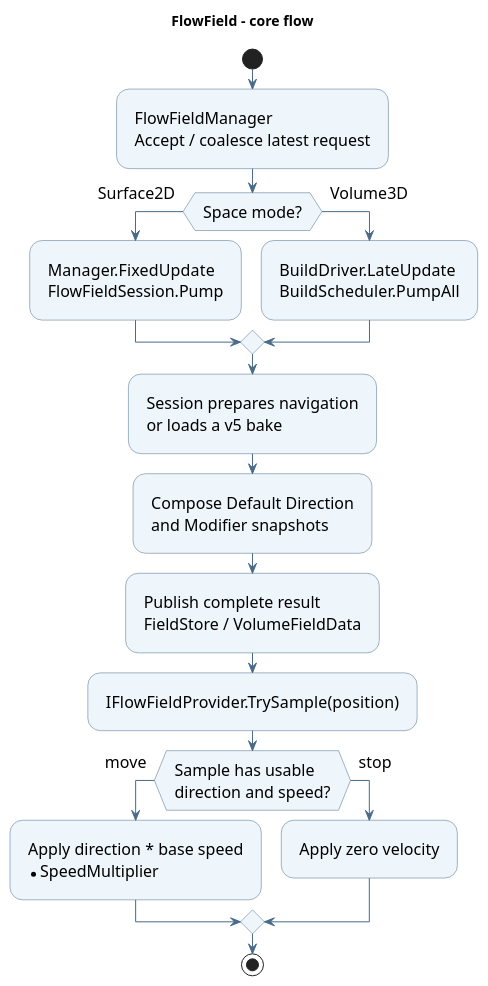
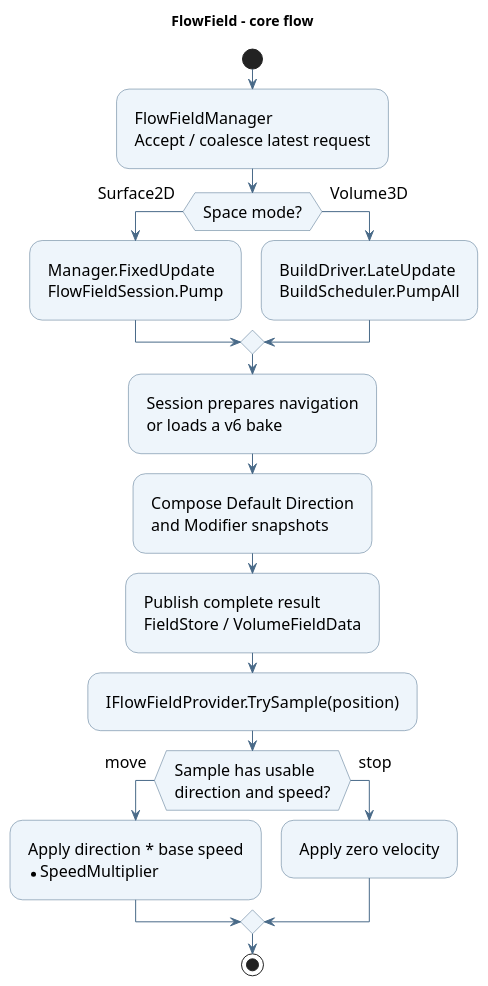
One commit to youwonsock/tool-unity-editor changed the diagram in ToyProject/Assets/_FlowField/Docs/flowfield-uml.puml. Above: the diagram before and after it, drawn with PlantUML. The commit also changed 8 other files, not shown here.

First line of the commit message:
FlowField 문서 최신화: v6 베이크, Modifier 규칙, 성능·검증 기록

```diff
--- a/ToyProject/Assets/_FlowField/Docs/flowfield-uml.puml
+++ b/ToyProject/Assets/_FlowField/Docs/flowfield-uml.puml
@@ -1,28 +1,28 @@
 @startuml flowfield-uml
 skinparam shadowing false
 skinparam defaultFontName SansSerif
 skinparam defaultFontSize 16
 skinparam activityBackgroundColor #EEF5FB
 skinparam activityBorderColor #496A88
 skinparam ArrowColor #496A88
 skinparam Padding 8
 title FlowField - core flow
 
 start
 :FlowFieldManager\nAccept / coalesce latest request;
 if (Space mode?) then (Surface2D)
   :Manager.FixedUpdate\nFlowFieldSession.Pump;
 else (Volume3D)
   :BuildDriver.LateUpdate\nBuildScheduler.PumpAll;
 endif
-:Session prepares navigation\nor loads a v5 bake;
+:Session prepares navigation\nor loads a v6 bake;
 :Compose Default Direction\nand Modifier snapshots;
 :Publish complete result\nFieldStore / VolumeFieldData;
 :IFlowFieldProvider.TrySample(position);
 if (Sample has usable\ndirection and speed?) then (move)
   :Apply direction * base speed\n* SpeedMultiplier;
 else (stop)
   :Apply zero velocity;
 endif
 stop
 @enduml
```
